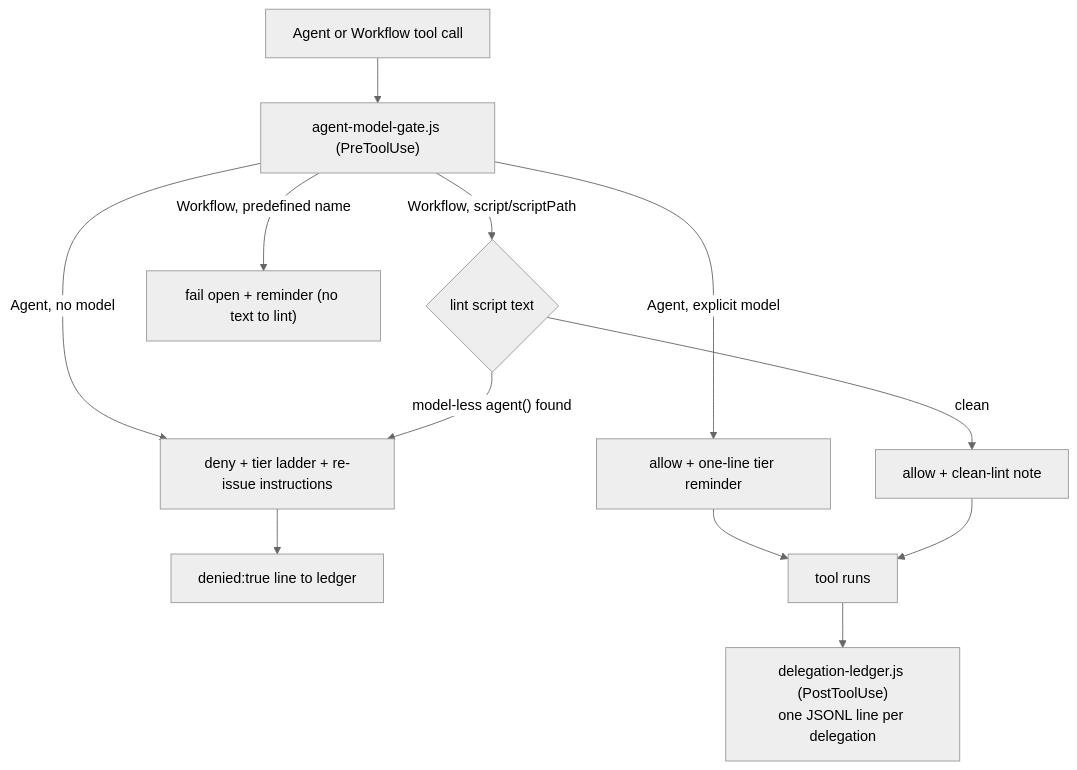
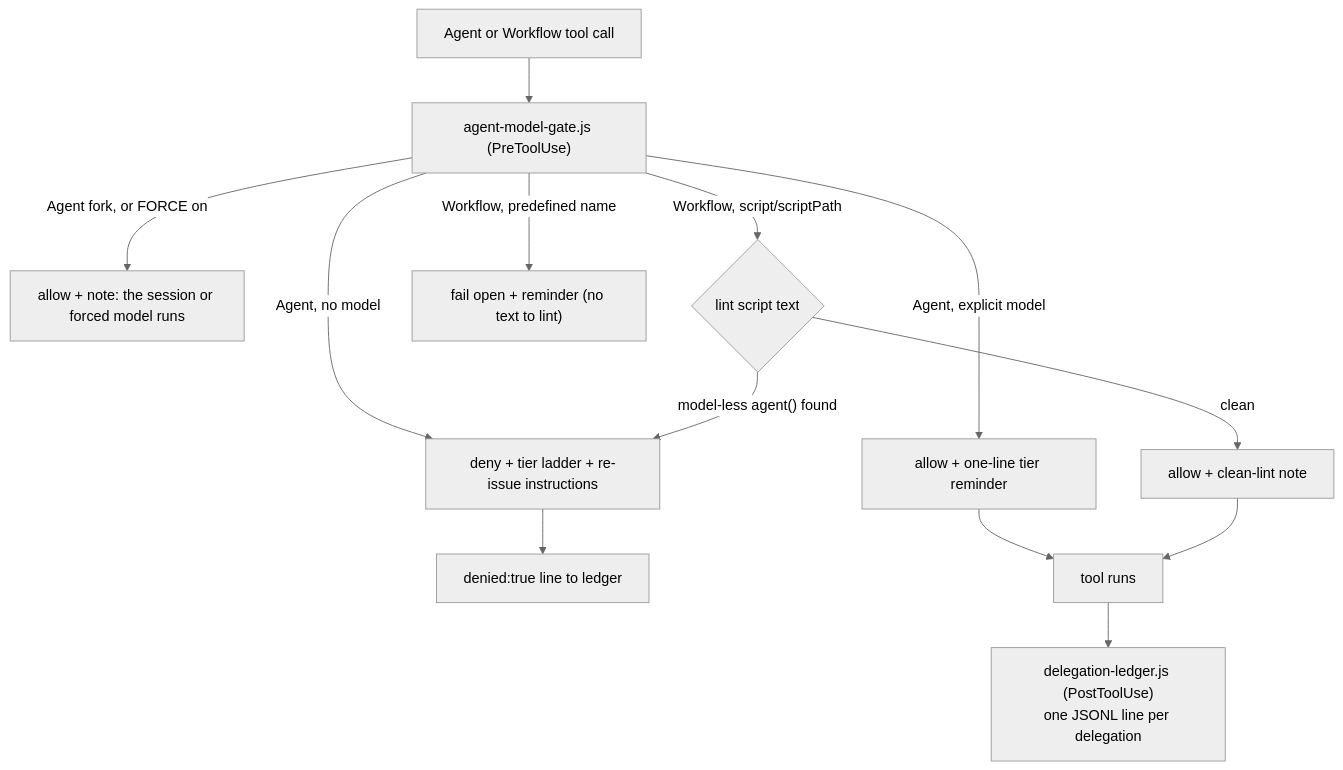
The diagram in hooks/README.md (TheRealBillSiegler/delegation-tiering), drawn with Mermaid (neutral theme) before and after one commit. The commit also changed other lines of this file and 34 other files, not shown here.

````diff
--- a/hooks/README.md
+++ b/hooks/README.md
@@ -7,12 +7,13 @@
 ```mermaid
 flowchart TD
     CALL["Agent or Workflow tool call"] --> GATE["agent-model-gate.js (PreToolUse)"]
     GATE -- "Agent, no model" --> DENY["deny + tier ladder + re-issue instructions"]
     GATE -- "Agent, explicit model" --> ALLOW["allow + one-line tier reminder"]
+    GATE -- "Agent fork, or FORCE on" --> NOTE["allow + note: the session or forced model runs"]
     GATE -- "Workflow, script/scriptPath" --> LINT{"lint script text"}
     LINT -- "model-less agent() found" --> DENY
     LINT -- "clean" --> ALLOW2["allow + clean-lint note"]
     GATE -- "Workflow, predefined name" --> OPEN["fail open + reminder (no text to lint)"]
     DENY --> LOG["denied:true line to ledger"]
     ALLOW & ALLOW2 --> RUN["tool runs"] --> LED["delegation-ledger.js (PostToolUse)<br>one JSONL line per delegation"]
 ```
````
